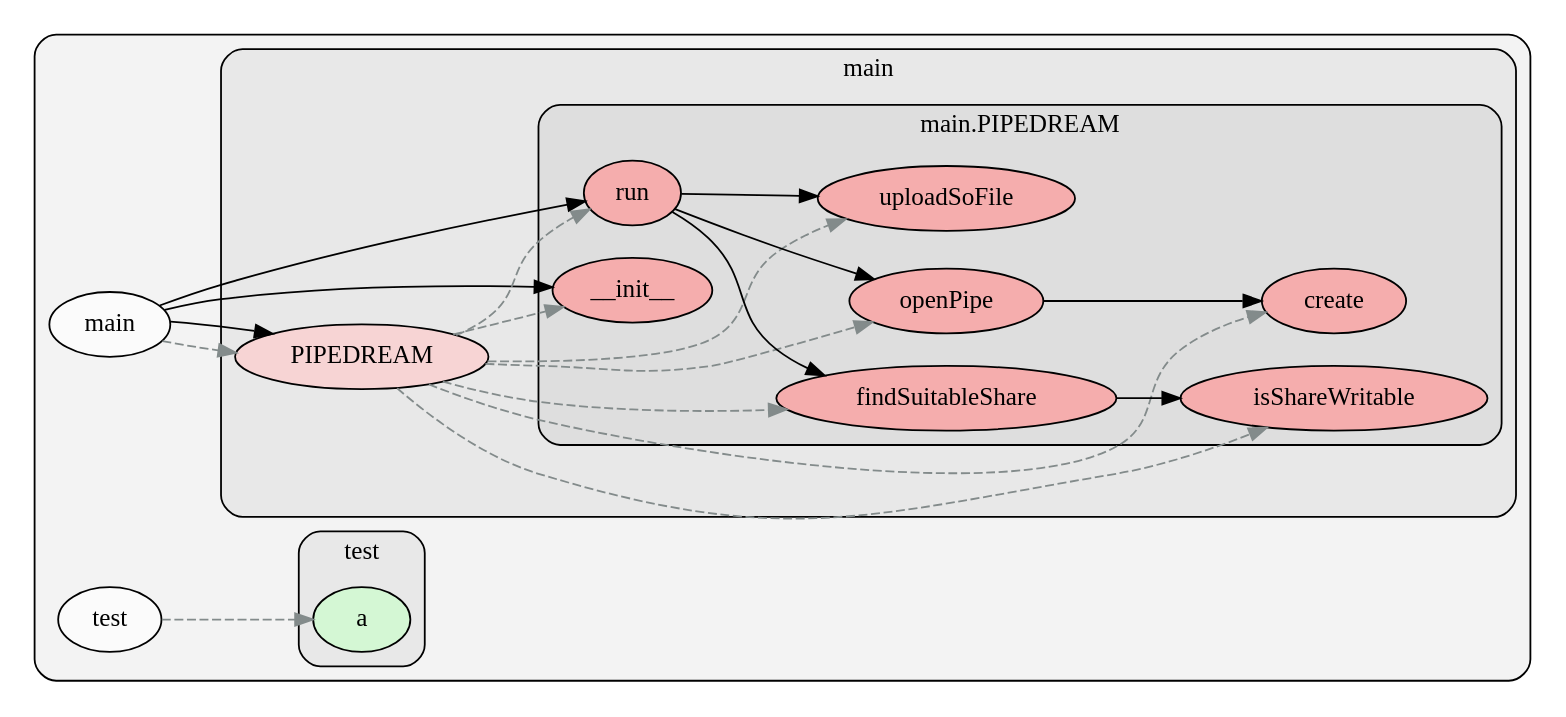
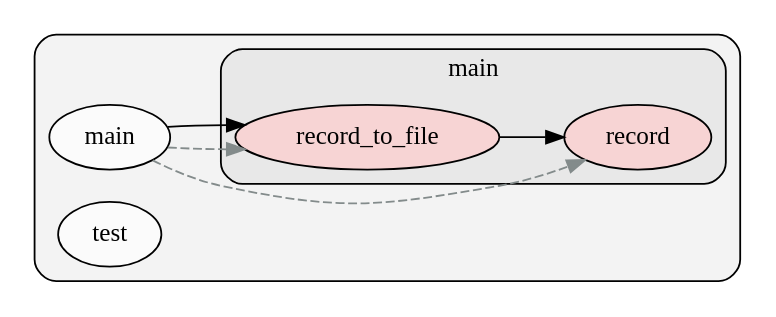
The diagram in tmp.gv (Sjim/PrivateScan-new), drawn with Graphviz before and after one commit. The commit also changed 24 other files, not shown here.

```diff
--- a/tmp.gv
+++ b/tmp.gv
@@ -1,47 +1,19 @@
 digraph G {
     graph [rankdir=LR, clusterrank="local"];
     subgraph cluster_G {
 
         graph [style="filled,rounded", fillcolor="#80808018", label=""];
         main [label="main", style="filled", fillcolor="#ffffffb2", fontcolor="#000000", group="0"];
         test [label="test", style="filled", fillcolor="#ffffffb2", fontcolor="#000000", group="1"];
         subgraph cluster_main {
 
             graph [style="filled,rounded", fillcolor="#80808018", label="main"];
-            main__PIPEDREAM [label="PIPEDREAM", style="filled", fillcolor="#feccccb2", fontcolor="#000000", group="0"];
-            subgraph cluster_main__PIPEDREAM {
-
-                graph [style="filled,rounded", fillcolor="#80808018", label="main.PIPEDREAM"];
-                main__PIPEDREAM____init__ [label="__init__", style="filled", fillcolor="#ff9999b2", fontcolor="#000000", group="0"];
-                main__PIPEDREAM__create [label="create", style="filled", fillcolor="#ff9999b2", fontcolor="#000000", group="0"];
-                main__PIPEDREAM__findSuitableShare [label="findSuitableShare", style="filled", fillcolor="#ff9999b2", fontcolor="#000000", group="0"];
-                main__PIPEDREAM__isShareWritable [label="isShareWritable", style="filled", fillcolor="#ff9999b2", fontcolor="#000000", group="0"];
-                main__PIPEDREAM__openPipe [label="openPipe", style="filled", fillcolor="#ff9999b2", fontcolor="#000000", group="0"];
-                main__PIPEDREAM__run [label="run", style="filled", fillcolor="#ff9999b2", fontcolor="#000000", group="0"];
-                main__PIPEDREAM__uploadSoFile [label="uploadSoFile", style="filled", fillcolor="#ff9999b2", fontcolor="#000000", group="0"];
-            }
-        }
-        subgraph cluster_test {
-
-            graph [style="filled,rounded", fillcolor="#80808018", label="test"];
-            test__a [label="a", style="filled", fillcolor="#ccfeccb2", fontcolor="#000000", group="1"];
+            main__record [label="record", style="filled", fillcolor="#feccccb2", fontcolor="#000000", group="0"];
+            main__record_to_file [label="record_to_file", style="filled", fillcolor="#feccccb2", fontcolor="#000000", group="0"];
         }
     }
-        main -> main__PIPEDREAM [style="dashed",  color="#838b8b"];
-        main__PIPEDREAM -> main__PIPEDREAM__run [style="dashed",  color="#838b8b"];
-        main__PIPEDREAM -> main__PIPEDREAM__findSuitableShare [style="dashed",  color="#838b8b"];
-        main__PIPEDREAM -> main__PIPEDREAM__uploadSoFile [style="dashed",  color="#838b8b"];
-        main__PIPEDREAM -> main__PIPEDREAM__openPipe [style="dashed",  color="#838b8b"];
-        main__PIPEDREAM -> main__PIPEDREAM__create [style="dashed",  color="#838b8b"];
-        main__PIPEDREAM -> main__PIPEDREAM____init__ [style="dashed",  color="#838b8b"];
-        main__PIPEDREAM -> main__PIPEDREAM__isShareWritable [style="dashed",  color="#838b8b"];
-        test -> test__a [style="dashed",  color="#838b8b"];
-        main -> main__PIPEDREAM [style="solid",  color="#000000"];
-        main -> main__PIPEDREAM____init__ [style="solid",  color="#000000"];
-        main -> main__PIPEDREAM__run [style="solid",  color="#000000"];
-        main__PIPEDREAM__findSuitableShare -> main__PIPEDREAM__isShareWritable [style="solid",  color="#000000"];
-        main__PIPEDREAM__openPipe -> main__PIPEDREAM__create [style="solid",  color="#000000"];
-        main__PIPEDREAM__run -> main__PIPEDREAM__findSuitableShare [style="solid",  color="#000000"];
-        main__PIPEDREAM__run -> main__PIPEDREAM__uploadSoFile [style="solid",  color="#000000"];
-        main__PIPEDREAM__run -> main__PIPEDREAM__openPipe [style="solid",  color="#000000"];
+        main -> main__record_to_file [style="dashed",  color="#838b8b"];
+        main -> main__record [style="dashed",  color="#838b8b"];
+        main -> main__record_to_file [style="solid",  color="#000000"];
+        main__record_to_file -> main__record [style="solid",  color="#000000"];
     }
```
